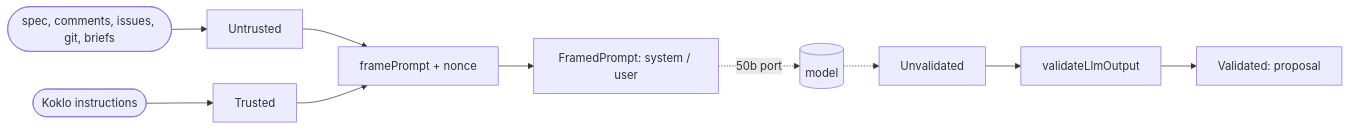
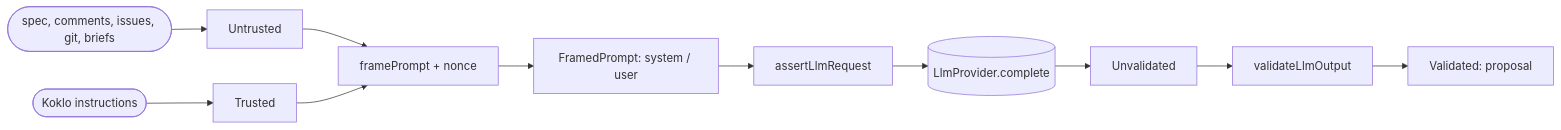
One commit to koklo-dev/koklo changed diagram 39 of 42 in docs/architecture.md. Above: the diagram before and after it, drawn with Mermaid. The commit also changed other lines of this file and 17 other files, not shown here.

Commit message:
feat(domain): add the LLM provider port, budget and credential

````diff
--- a/docs/architecture.md
+++ b/docs/architecture.md
@@ -1271,12 +1271,13 @@
 ```mermaid
 flowchart LR
   src([spec, comments, issues, git, briefs]) --> u[Untrusted]
   k([Koklo instructions]) --> t[Trusted]
   u --> f[framePrompt + nonce]
   t --> f
   f --> p[FramedPrompt: system / user]
-  p -.->|50b port| m[(model)]
-  m -.-> r[Unvalidated]
+  p --> g[assertLlmRequest]
+  g --> m[(LlmProvider.complete)]
+  m --> r[Unvalidated]
   r --> v[validateLlmOutput]
   v --> o[Validated: proposal]
 ```
````
